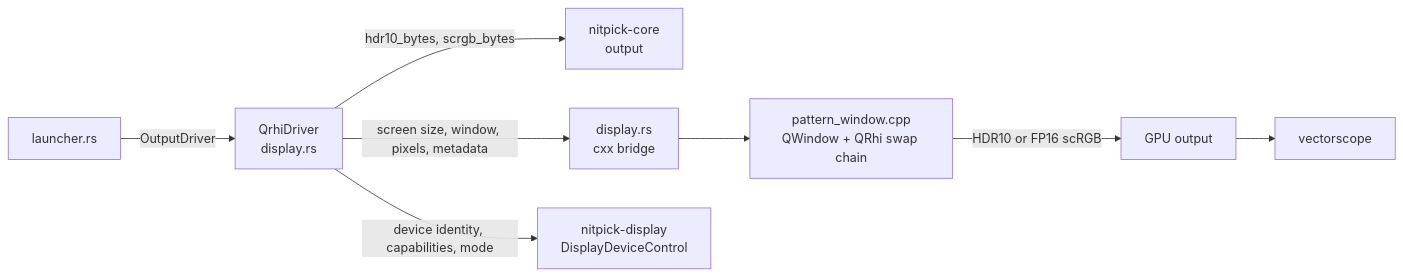
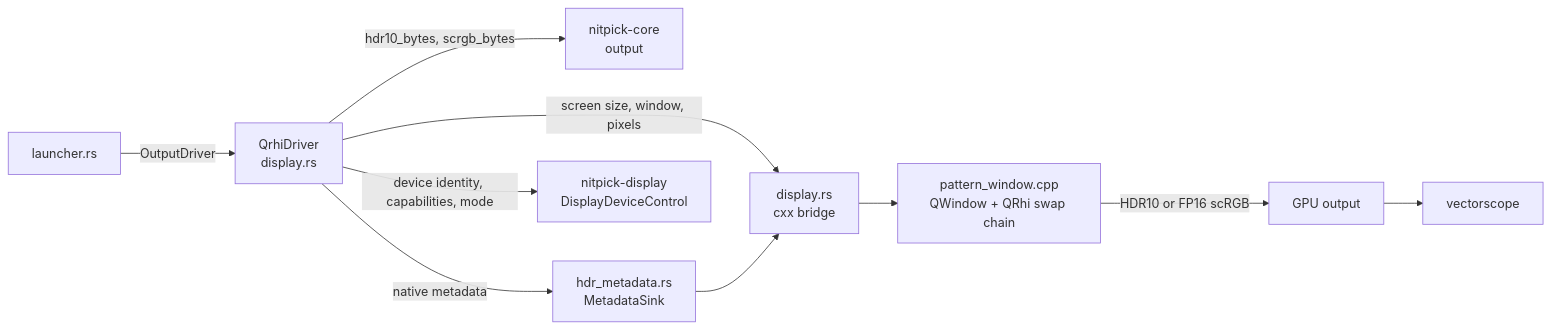
The diagram in doc/design/output_driver/qt.md (Jamesits/nitpick), drawn with Mermaid before and after one commit. The commit also changed other lines of this file and 10 other files, not shown here.

First line of the commit message:
feat(app): pack QRhi HDR metadata in Rust behind a sink

````diff
--- a/doc/design/output_driver/qt.md
+++ b/doc/design/output_driver/qt.md
@@ -7,9 +7,10 @@
 ```mermaid
 graph LR
     L[launcher.rs] -->|OutputDriver| Q[QrhiDriver<br/>display.rs]
     Q -->|hdr10_bytes, scrgb_bytes| O[nitpick-core<br/>output]
-    Q -->|screen size, window, pixels, metadata| D[display.rs<br/>cxx bridge]
+    Q -->|screen size, window, pixels| D[display.rs<br/>cxx bridge]
+    Q -->|native metadata| M[hdr_metadata.rs<br/>MetadataSink] --> D
     Q -->|device identity, capabilities, mode| N[nitpick-display<br/>DisplayDeviceControl]
     D --> W[pattern_window.cpp<br/>QWindow + QRhi swap chain]
     W -->|HDR10 or FP16 scRGB| GPU[GPU output] --> Scope[vectorscope]
 ```
````
